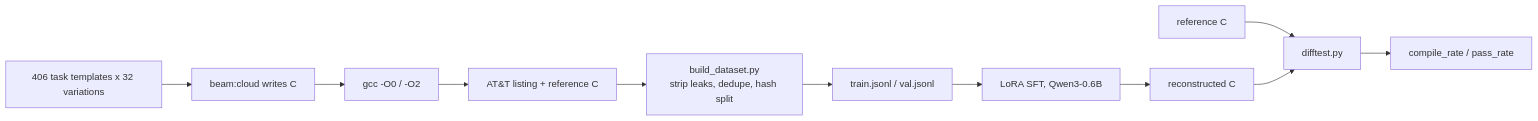
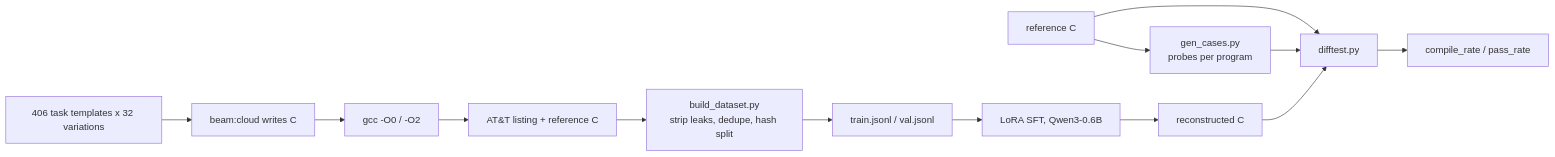
The diagram in README.md (Zhussup/kind_picture), drawn with Mermaid before and after one commit. The commit also changed other lines of this file and 11 other files, not shown here.

````diff
--- a/README.md
+++ b/README.md
@@ -54,13 +56,15 @@
 ```mermaid
 flowchart LR
   T["406 task templates x 32 variations"] --> G["beam:cloud writes C"]
   G --> GCC["gcc -O0 / -O2"]
   GCC --> L["AT&T listing + reference C"]
   L --> B["build_dataset.py<br/>strip leaks, dedupe, hash split"]
   B --> D["train.jsonl / val.jsonl"]
   D --> S["LoRA SFT, Qwen3-0.6B"]
   S --> M["reconstructed C"]
   R["reference C"] --> DT["difftest.py"]
+  R --> C["gen_cases.py<br/>probes per program"]
+  C --> DT
   M --> DT
   DT --> V["compile_rate / pass_rate"]
 ```
````
